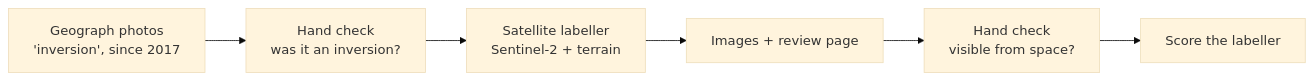
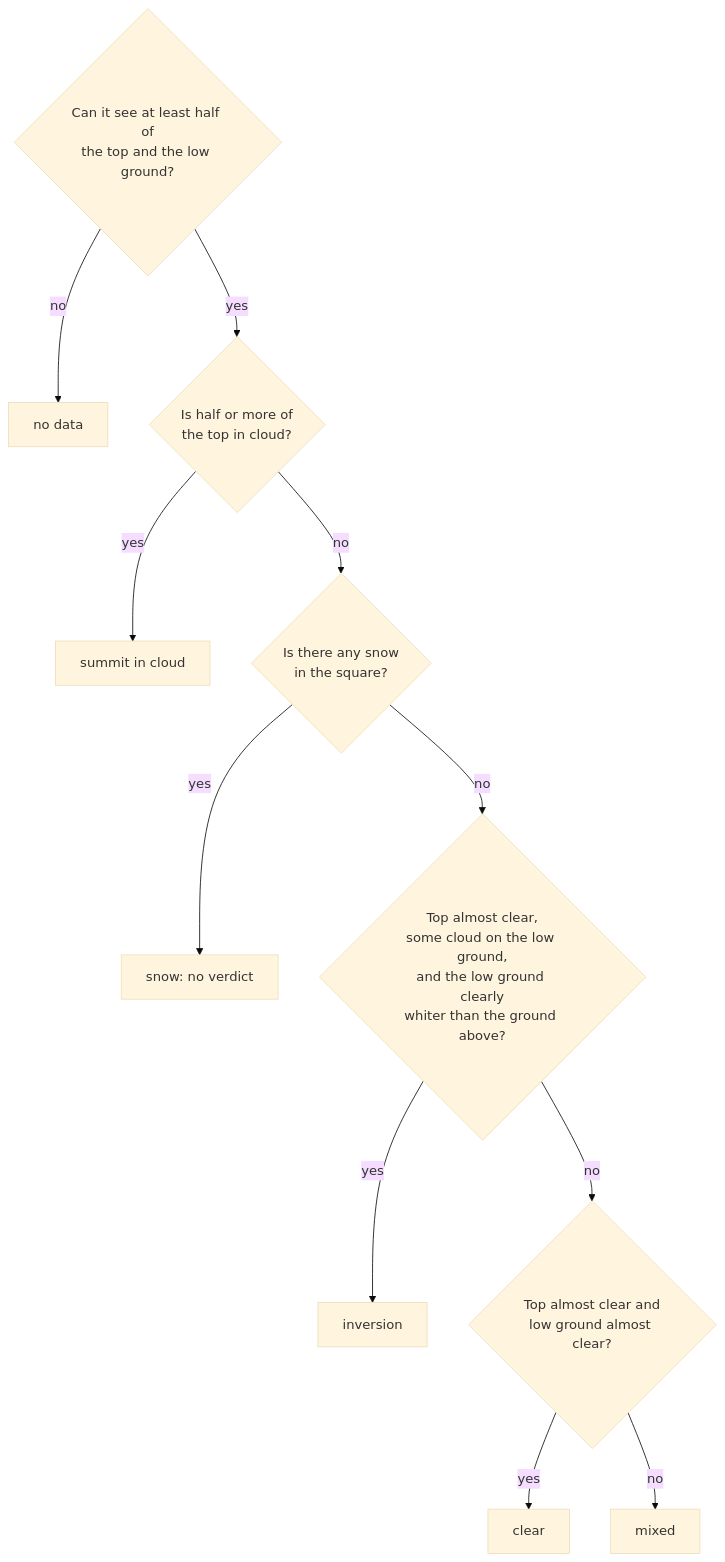
The second of 2 diagrams in README.md (clbutler/cloud_inv), drawn with Mermaid (base theme) before and after one commit. The commit also changed other lines of this file and 1 other file, not shown here.

First line of the commit message:
README: explain the labeller and give accuracy as plain percentages

````diff
--- a/README.md
+++ b/README.md
@@ -76,8 +109,13 @@
 ```mermaid
-flowchart LR
-    A[Geograph photos<br/>'inversion', since 2017] --> B[Hand check<br/>was it an inversion?]
-    B --> C[Satellite labeller<br/>Sentinel-2 + terrain]
-    C --> D[Images + review page]
-    D --> E[Hand check<br/>visible from space?]
-    E --> F[Score the labeller]
+flowchart TD
+    A{Can it see at least half of<br/>the top and the low ground?} -- no --> N[no data]
+    A -- yes --> B{Is half or more of<br/>the top in cloud?}
+    B -- yes --> S[summit in cloud]
+    B -- no --> C{Is there any snow<br/>in the square?}
+    C -- yes --> W[snow: no verdict]
+    C -- no --> D{Top almost clear,<br/>some cloud on the low ground,<br/>and the low ground clearly<br/>whiter than the ground above?}
+    D -- yes --> I[inversion]
+    D -- no --> E{Top almost clear and<br/>low ground almost clear?}
+    E -- yes --> L[clear]
+    E -- no --> M[mixed]
 ```
````
